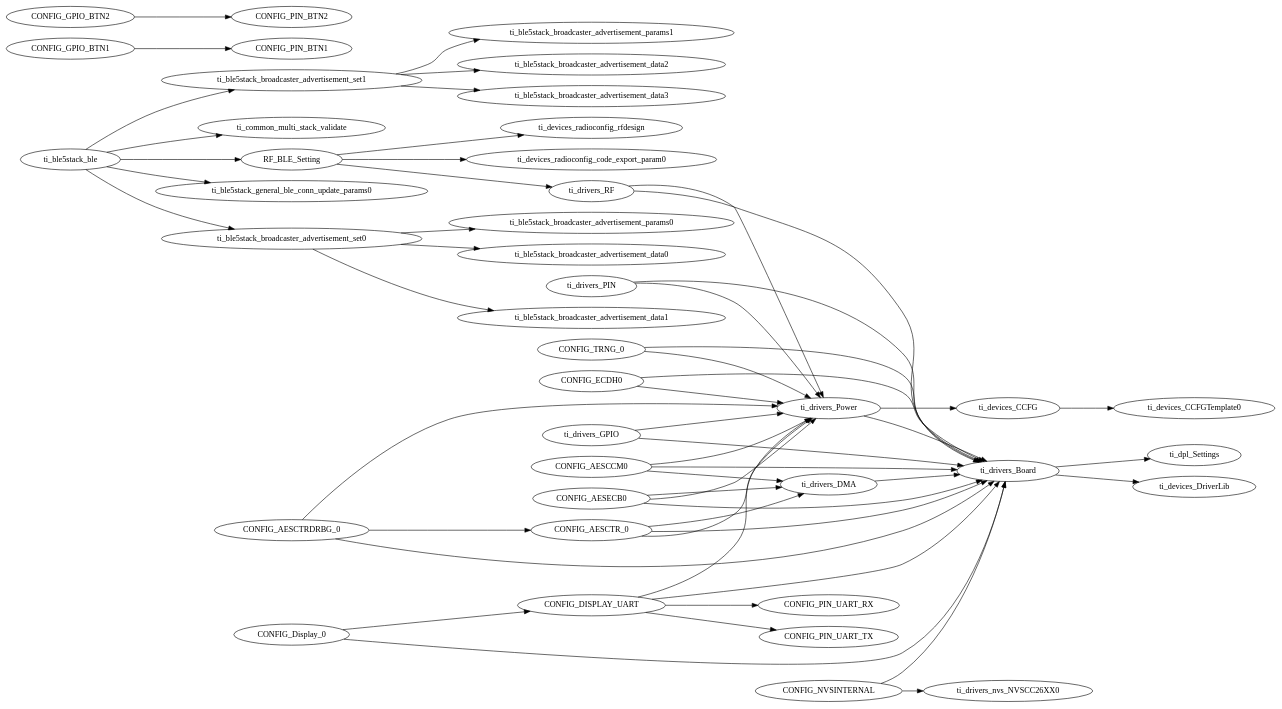
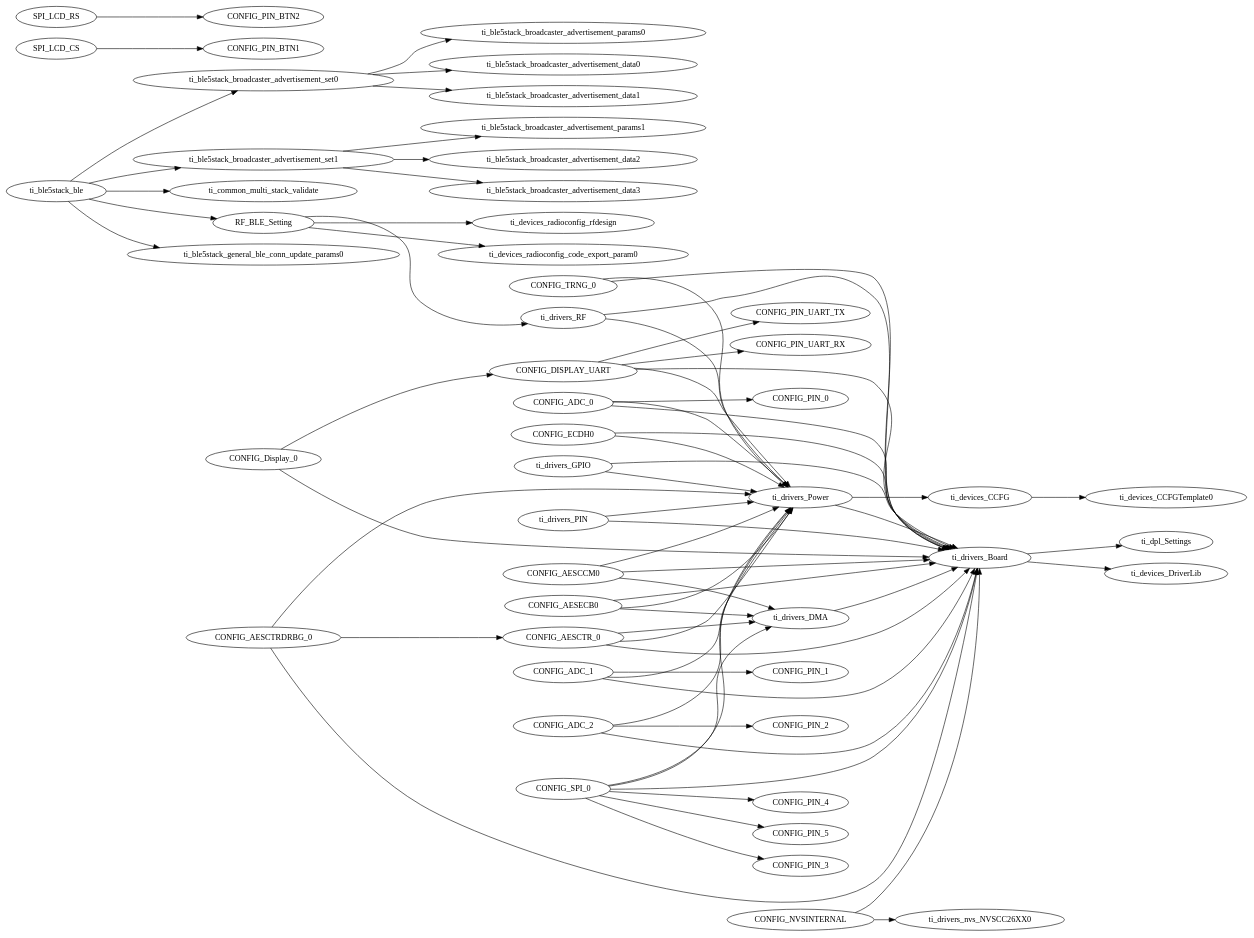
Before and after one commit to YoAB25/RTOS_AI: the diagram in simple_peripheral_CC26X2R1_LAUNCHXL_tirtos_ccs/Release/syscfg/ti_utils_runtime_model.gv, drawn with Graphviz. The commit also changed 1166 other files, not shown here.

```diff
--- a/simple_peripheral_CC26X2R1_LAUNCHXL_tirtos_ccs/Release/syscfg/ti_utils_runtime_model.gv
+++ b/simple_peripheral_CC26X2R1_LAUNCHXL_tirtos_ccs/Release/syscfg/ti_utils_runtime_model.gv
@@ -1,116 +1,135 @@
 digraph Model
 {
     graph[rankdir=LR]
 
     // mod.$name=/ti/ble5stack/ble
     ti_ble5stack_ble -> ti_common_multi_stack_validate
     ti_ble5stack_ble -> RF_BLE_Setting
     ti_ble5stack_ble -> ti_ble5stack_general_ble_conn_update_params0
     ti_ble5stack_ble -> ti_ble5stack_broadcaster_advertisement_set0
     ti_ble5stack_ble -> ti_ble5stack_broadcaster_advertisement_set1
 
     // mod.$name=/ti/ble5stack/broadcaster/advertisement_data
 
     // mod.$name=/ti/ble5stack/broadcaster/advertisement_params
 
     // mod.$name=/ti/ble5stack/broadcaster/advertisement_set
     ti_ble5stack_broadcaster_advertisement_set0 -> ti_ble5stack_broadcaster_advertisement_params0
     ti_ble5stack_broadcaster_advertisement_set0 -> ti_ble5stack_broadcaster_advertisement_data0
     ti_ble5stack_broadcaster_advertisement_set0 -> ti_ble5stack_broadcaster_advertisement_data1
     ti_ble5stack_broadcaster_advertisement_set1 -> ti_ble5stack_broadcaster_advertisement_params1
     ti_ble5stack_broadcaster_advertisement_set1 -> ti_ble5stack_broadcaster_advertisement_data2
     ti_ble5stack_broadcaster_advertisement_set1 -> ti_ble5stack_broadcaster_advertisement_data3
 
     // mod.$name=/ti/ble5stack/general/ble_conn_update_params
 
     // mod.$name=/ti/common/multi_stack_validate
 
     // mod.$name=/ti/devices/CCFG
     ti_devices_CCFG -> ti_devices_CCFGTemplate0
 
     // mod.$name=/ti/devices/CCFGTemplate
 
     // mod.$name=/ti/devices/DriverLib
 
     // mod.$name=/ti/devices/radioconfig/code_export_param
 
     // mod.$name=/ti/devices/radioconfig/rfdesign
 
     // mod.$name=/ti/devices/radioconfig/settings/ble
     RF_BLE_Setting -> ti_drivers_RF
     RF_BLE_Setting -> ti_devices_radioconfig_rfdesign
     RF_BLE_Setting -> ti_devices_radioconfig_code_export_param0
 
     // mod.$name=/ti/display/Display
     CONFIG_Display_0 -> ti_drivers_Board
     CONFIG_Display_0 -> CONFIG_DISPLAY_UART
 
     // mod.$name=/ti/dpl/Settings
 
+    // mod.$name=/ti/drivers/ADC
+    CONFIG_ADC_0 -> ti_drivers_Power
+    CONFIG_ADC_0 -> ti_drivers_Board
+    CONFIG_ADC_1 -> ti_drivers_Power
+    CONFIG_ADC_1 -> ti_drivers_Board
+    CONFIG_ADC_2 -> ti_drivers_Power
+    CONFIG_ADC_2 -> ti_drivers_Board
+    CONFIG_ADC_0 -> CONFIG_PIN_0
+    CONFIG_ADC_1 -> CONFIG_PIN_1
+    CONFIG_ADC_2 -> CONFIG_PIN_2
+
     // mod.$name=/ti/drivers/AESCCM
     CONFIG_AESCCM0 -> ti_drivers_DMA
     CONFIG_AESCCM0 -> ti_drivers_Power
     CONFIG_AESCCM0 -> ti_drivers_Board
 
     // mod.$name=/ti/drivers/AESCTR
     CONFIG_AESCTR_0 -> ti_drivers_DMA
     CONFIG_AESCTR_0 -> ti_drivers_Power
     CONFIG_AESCTR_0 -> ti_drivers_Board
 
     // mod.$name=/ti/drivers/AESCTRDRBG
     CONFIG_AESCTRDRBG_0 -> ti_drivers_Power
     CONFIG_AESCTRDRBG_0 -> ti_drivers_Board
     CONFIG_AESCTRDRBG_0 -> CONFIG_AESCTR_0
 
     // mod.$name=/ti/drivers/AESECB
     CONFIG_AESECB0 -> ti_drivers_DMA
     CONFIG_AESECB0 -> ti_drivers_Power
     CONFIG_AESECB0 -> ti_drivers_Board
 
     // mod.$name=/ti/drivers/Board
     ti_drivers_Board -> ti_devices_DriverLib
     ti_drivers_Board -> ti_dpl_Settings
 
     // mod.$name=/ti/drivers/DMA
     ti_drivers_DMA -> ti_drivers_Board
 
     // mod.$name=/ti/drivers/ECDH
     CONFIG_ECDH0 -> ti_drivers_Power
     CONFIG_ECDH0 -> ti_drivers_Board
 
     // mod.$name=/ti/drivers/GPIO
     ti_drivers_GPIO -> ti_drivers_Power
     ti_drivers_GPIO -> ti_drivers_Board
-    CONFIG_GPIO_BTN1 -> CONFIG_PIN_BTN1
-    CONFIG_GPIO_BTN2 -> CONFIG_PIN_BTN2
+    SPI_LCD_CS -> CONFIG_PIN_BTN1
+    SPI_LCD_RS -> CONFIG_PIN_BTN2
 
     // mod.$name=/ti/drivers/NVS
     CONFIG_NVSINTERNAL -> ti_drivers_Board
     CONFIG_NVSINTERNAL -> ti_drivers_nvs_NVSCC26XX0
 
     // mod.$name=/ti/drivers/PIN
     ti_drivers_PIN -> ti_drivers_Power
     ti_drivers_PIN -> ti_drivers_Board
 
     // mod.$name=/ti/drivers/Power
     ti_drivers_Power -> ti_devices_CCFG
     ti_drivers_Power -> ti_drivers_Board
 
     // mod.$name=/ti/drivers/RF
     ti_drivers_RF -> ti_drivers_Power
     ti_drivers_RF -> ti_drivers_Board
 
     // mod.$name=/ti/drivers/RTOS
 
+    // mod.$name=/ti/drivers/SPI
+    CONFIG_SPI_0 -> ti_drivers_DMA
+    CONFIG_SPI_0 -> ti_drivers_Power
+    CONFIG_SPI_0 -> ti_drivers_Board
+    CONFIG_SPI_0 -> CONFIG_PIN_3
+    CONFIG_SPI_0 -> CONFIG_PIN_4
+    CONFIG_SPI_0 -> CONFIG_PIN_5
+
     // mod.$name=/ti/drivers/TRNG
     CONFIG_TRNG_0 -> ti_drivers_Power
     CONFIG_TRNG_0 -> ti_drivers_Board
 
     // mod.$name=/ti/drivers/UART
     CONFIG_DISPLAY_UART -> ti_drivers_Power
     CONFIG_DISPLAY_UART -> ti_drivers_Board
     CONFIG_DISPLAY_UART -> CONFIG_PIN_UART_TX
     CONFIG_DISPLAY_UART -> CONFIG_PIN_UART_RX
 
     // mod.$name=/ti/drivers/nvs/NVSCC26XX
 }
```
